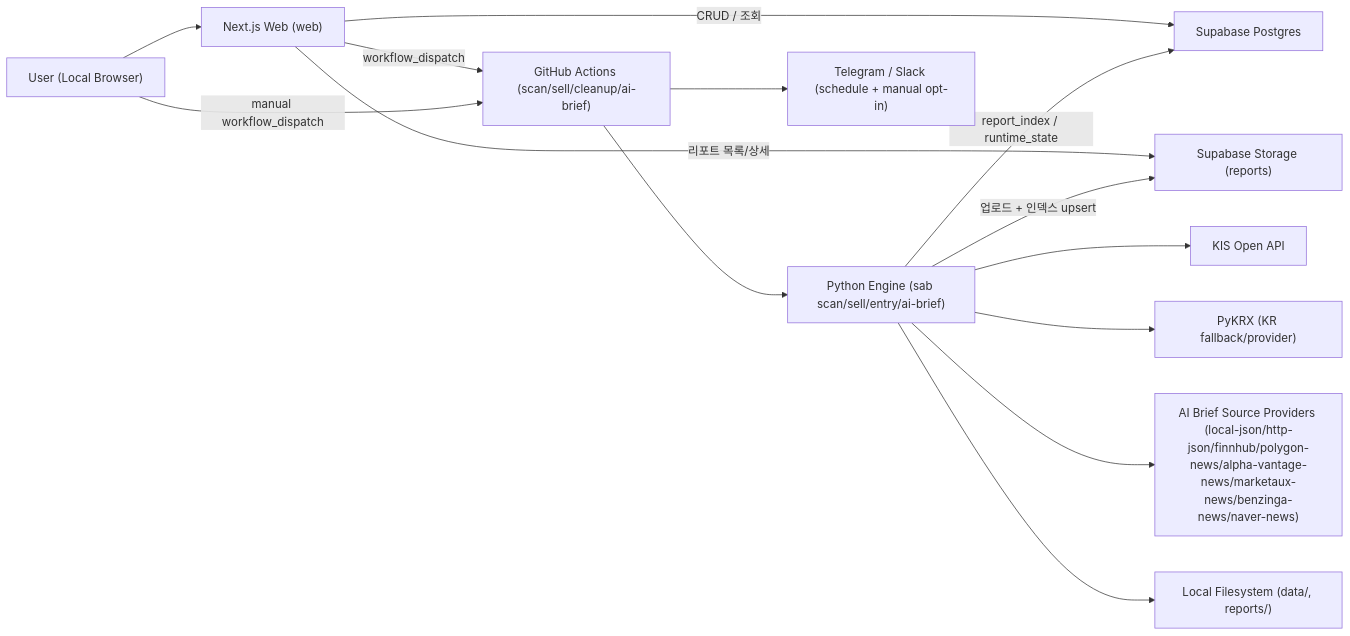
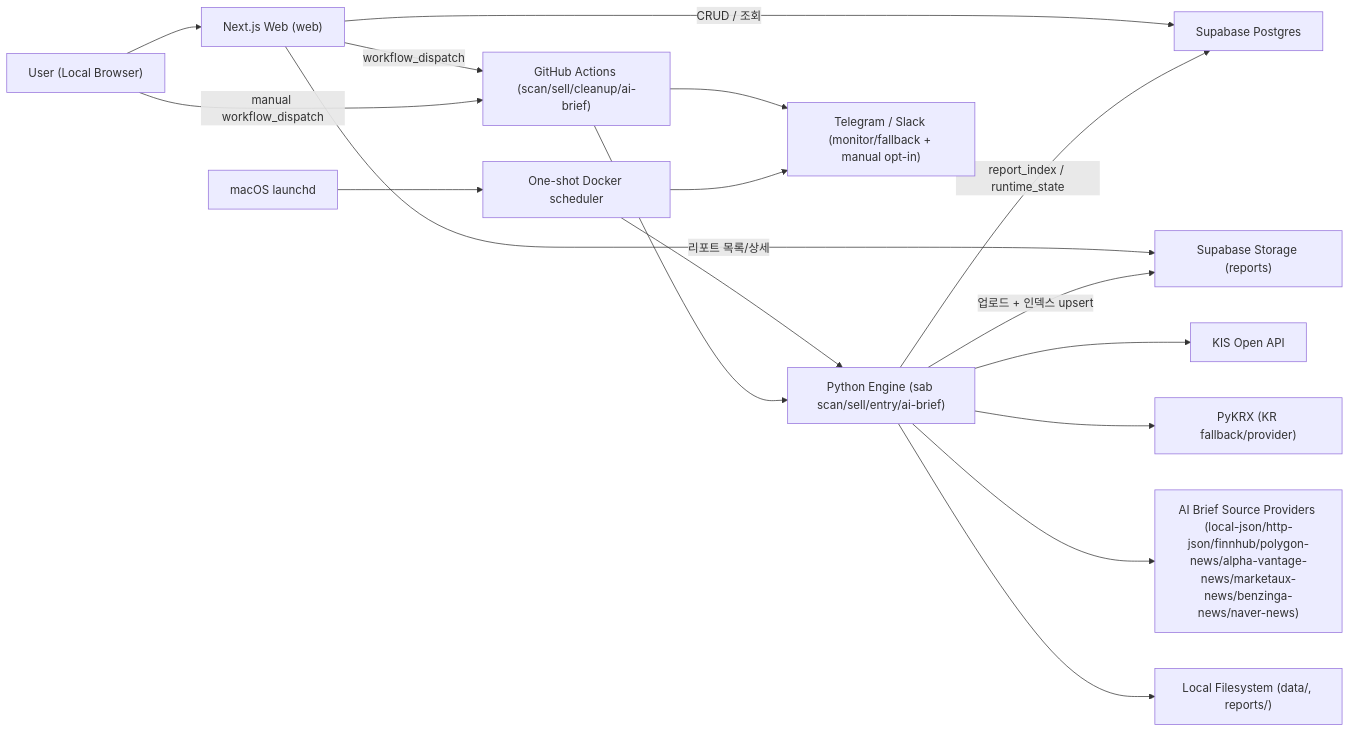
Before and after one commit to mochafreddo/swing-trading-report: the diagram in docs/ARCHITECTURE.md, drawn with Mermaid. The commit also changed other lines of this file and 29 other files, not shown here.

First line of the commit message:
feat(scheduler): 로컬 Docker AI Brief 스케줄러 구현

````diff
--- a/docs/ARCHITECTURE.md
+++ b/docs/ARCHITECTURE.md
@@ -35,18 +35,21 @@
 ```mermaid
 flowchart LR
   U["User (Local Browser)"] --> W["Next.js Web (web)"]
   W -->|CRUD / 조회| SDB["Supabase Postgres"]
   W -->|리포트 목록/상세| SST["Supabase Storage (reports)"]
   W -->|workflow_dispatch| GHA["GitHub Actions (scan/sell/cleanup/ai-brief)"]
   U -->|manual workflow_dispatch| GHA
+  LD["macOS launchd"] --> DK["One-shot Docker scheduler"]
+  DK --> P
 
   GHA --> P["Python Engine (sab scan/sell/entry/ai-brief)"]
   P --> KIS["KIS Open API"]
   P --> PY["PyKRX (KR fallback/provider)"]
   P --> SRC["AI Brief Source Providers (local-json/http-json/finnhub/polygon-news/alpha-vantage-news/marketaux-news/benzinga-news/naver-news)"]
   P --> LF["Local Filesystem (data/, reports/)"]
   P -->|업로드 + 인덱스 upsert| SST
   P -->|report_index / runtime_state| SDB
 
-  GHA --> TG["Telegram / Slack (schedule + manual opt-in)"]
+  GHA --> TG["Telegram / Slack (monitor/fallback + manual opt-in)"]
+  DK --> TG
 ```
````
